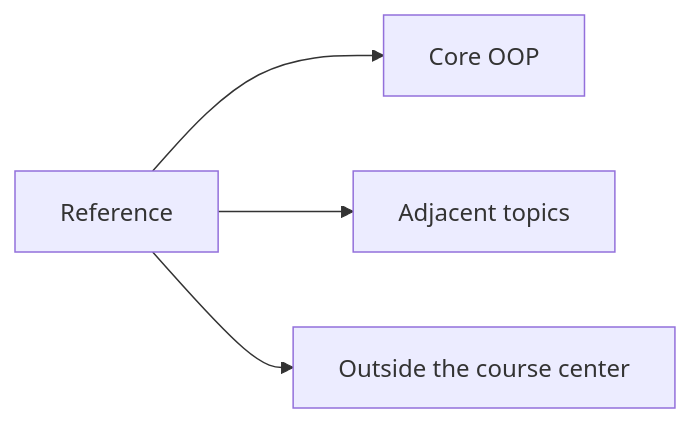
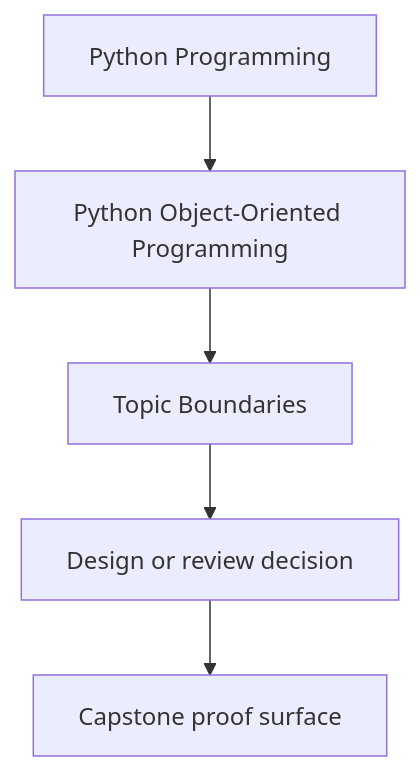
Before and after one commit to bijux/bijux-masterclass: the first of 2 diagrams in programs/python-programming/python-object-oriented-programming/course-book/reference/topic-boundaries.md, drawn with Mermaid. The commit also changed other lines of this file and 23 other files, not shown here.

Commit message:
docs(python-object-oriented-programming): sharpen guide and reference diagrams

````diff
--- a/programs/python-programming/python-object-oriented-programming/course-book/reference/topic-boundaries.md
+++ b/programs/python-programming/python-object-oriented-programming/course-book/reference/topic-boundaries.md
@@ -7,11 +7,7 @@
 ```mermaid
-graph LR
-  reference["Reference"]
-  center["Core OOP"]
-  adjacent["Adjacent topics"]
-  outside["Outside the course center"]
-
-  reference --> center
-  reference --> adjacent
-  reference --> outside
+flowchart TD
+  family["Python Programming"] --> program["Python Object-Oriented Programming"]
+  program --> reference["Topic Boundaries"]
+  reference --> review["Design or review decision"]
+  review --> capstone["Capstone proof surface"]
 ```
````
